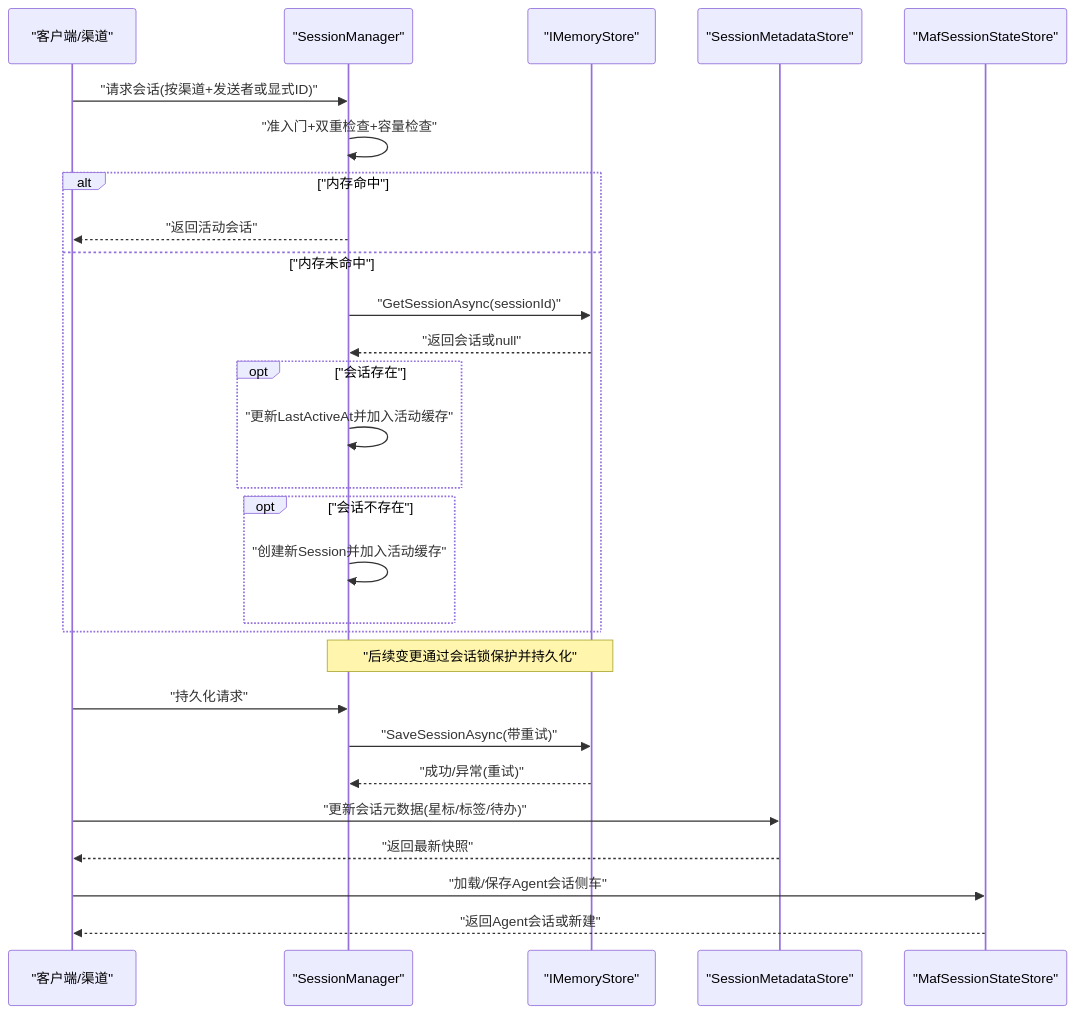
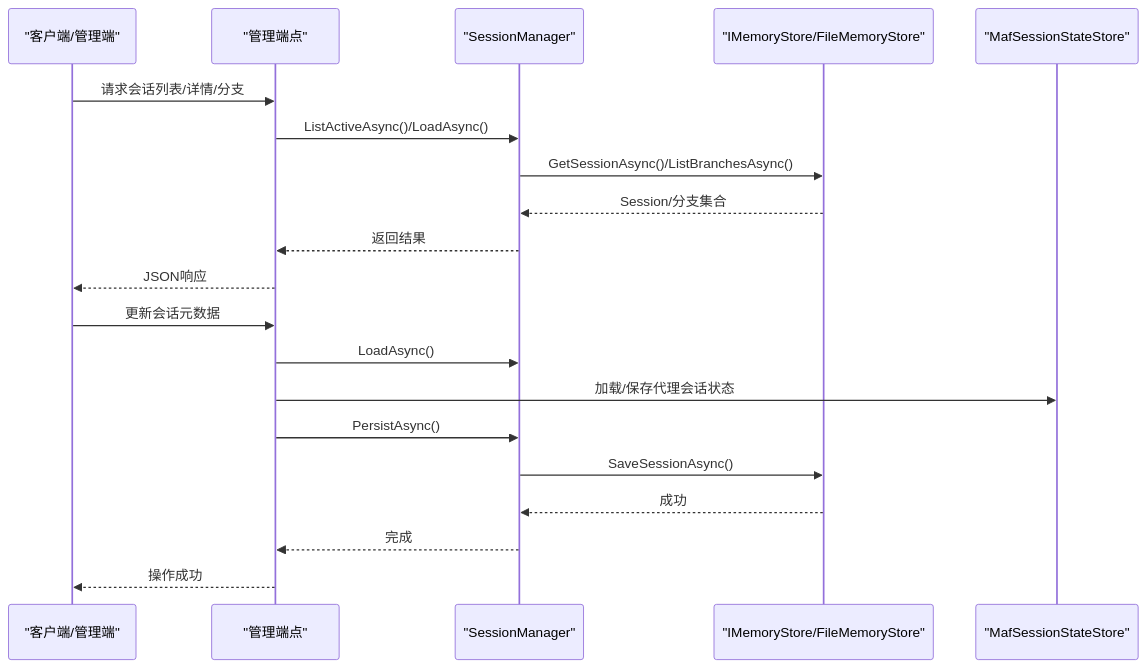
The second of 8 diagrams in .qoder/repowiki/zh/content/代理运行时/会话管理.md (wayyet/kingcrab), drawn with Mermaid before and after one commit. The commit also changed other lines of this file and 431 other files, not shown here.

````diff
--- a/.qoder/repowiki/zh/content/代理运行时/会话管理.md
+++ b/.qoder/repowiki/zh/content/代理运行时/会话管理.md
@@ -121,30 +123,22 @@
 ```mermaid
 sequenceDiagram
-participant Client as "客户端/渠道"
+participant Client as "客户端/管理端"
+participant Admin as "管理端点"
 participant SM as "SessionManager"
-participant Store as "IMemoryStore"
-participant Meta as "SessionMetadataStore"
+participant Store as "IMemoryStore/FileMemoryStore"
 participant Agent as "MafSessionStateStore"
-Client->>SM : "请求会话(按渠道+发送者或显式ID)"
-SM->>SM : "准入门+双重检查+容量检查"
-alt "内存命中"
-SM-->>Client : "返回活动会话"
-else "内存未命中"
-SM->>Store : "GetSessionAsync(sessionId)"
-Store-->>SM : "返回会话或null"
-opt "会话存在"
-SM->>SM : "更新LastActiveAt并加入活动缓存"
-end
-opt "会话不存在"
-SM->>SM : "创建新Session并加入活动缓存"
-end
-end
-Note over SM,Store : "后续变更通过会话锁保护并持久化"
-Client->>SM : "持久化请求"
-SM->>Store : "SaveSessionAsync(带重试)"
-Store-->>SM : "成功/异常(重试)"
-Client->>Meta : "更新会话元数据(星标/标签/待办)"
-Meta-->>Client : "返回最新快照"
-Client->>Agent : "加载/保存Agent会话侧车"
-Agent-->>Client : "返回Agent会话或新建"
+Client->>Admin : 请求会话列表/详情/分支
+Admin->>SM : ListActiveAsync()/LoadAsync()
+SM->>Store : GetSessionAsync()/ListBranchesAsync()
+Store-->>SM : Session/分支集合
+SM-->>Admin : 返回结果
+Admin-->>Client : JSON响应
+Client->>Admin : 更新会话元数据
+Admin->>SM : LoadAsync()
+Admin->>Agent : 加载/保存代理会话状态
+Admin->>SM : PersistAsync()
+SM->>Store : SaveSessionAsync()
+Store-->>SM : 成功
+SM-->>Admin : 完成
+Admin-->>Client : 操作成功
 ```
````
